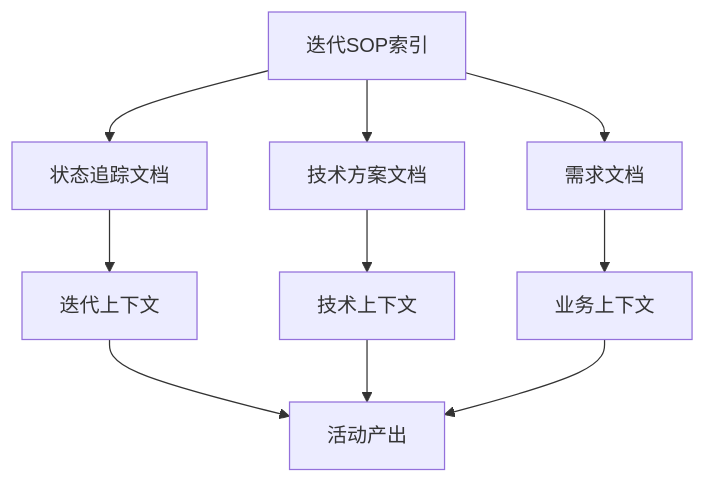
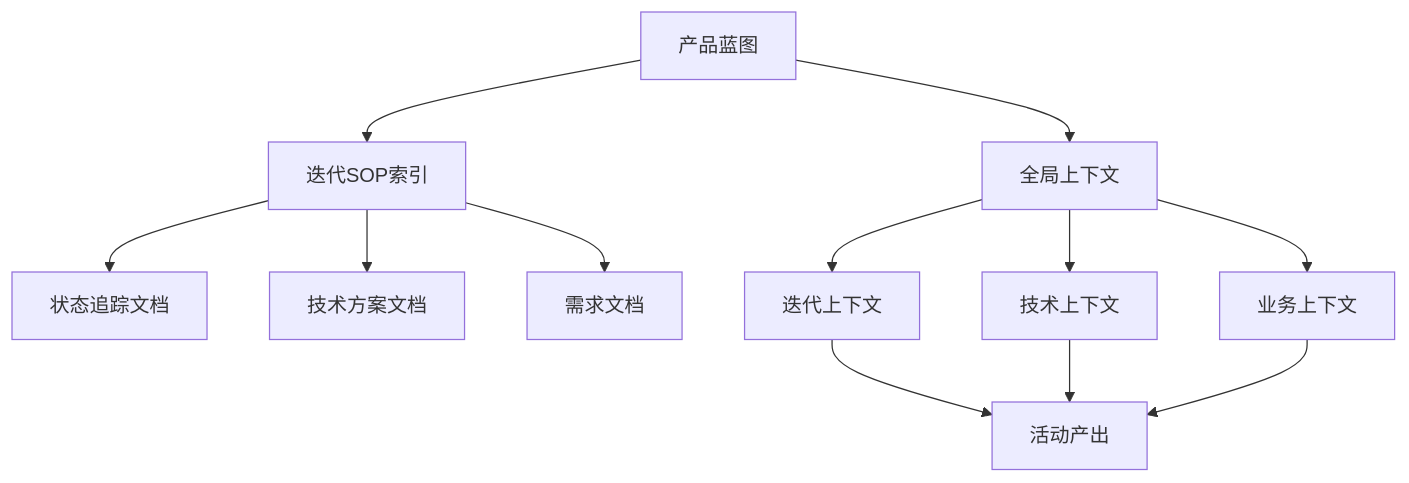
The first of 2 diagrams in edu-ai-platform/docs/迭代SOP/00_规范/06_上下文读取规范.md (zhangjian24/llm), drawn with Mermaid before and after one commit. The commit also changed other lines of this file and 8 other files, not shown here.

````diff
--- a/edu-ai-platform/docs/迭代SOP/00_规范/06_上下文读取规范.md
+++ b/edu-ai-platform/docs/迭代SOP/00_规范/06_上下文读取规范.md
@@ -18,14 +18,16 @@
 ```mermaid
 graph TD
-    A[迭代SOP索引] --> B[状态追踪文档]
+    GB[产品蓝图] --> A[迭代SOP索引]
+    A --> B[状态追踪文档]
     A --> C[技术方案文档]
     A --> D[需求文档]
     
-    B --> E[迭代上下文]
-    C --> F[技术上下文]
-    D --> G[业务上下文]
+    GB --> E[全局上下文]
+    E --> F[迭代上下文]
+    E --> G[技术上下文]
+    E --> H[业务上下文]
     
-    E --> H[活动产出]
-    F --> H
-    G --> H
+    F --> I[活动产出]
+    G --> I
+    H --> I
 ```
````
